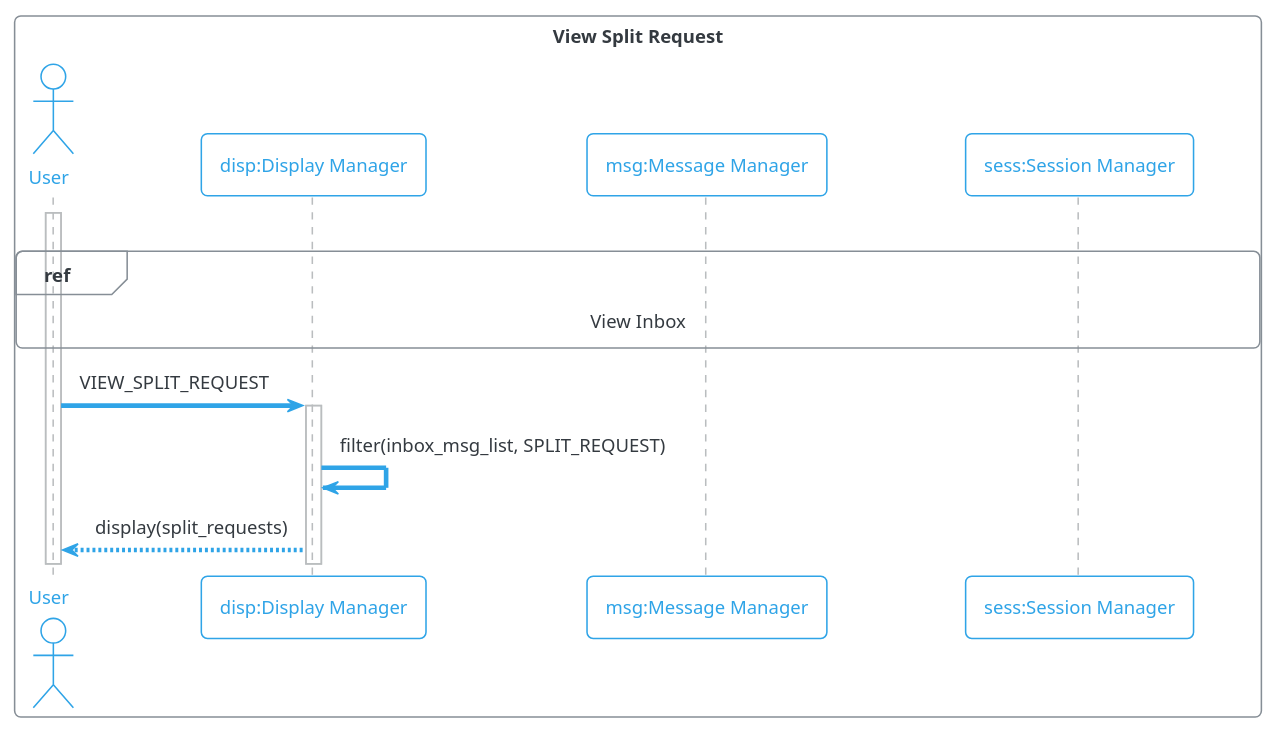
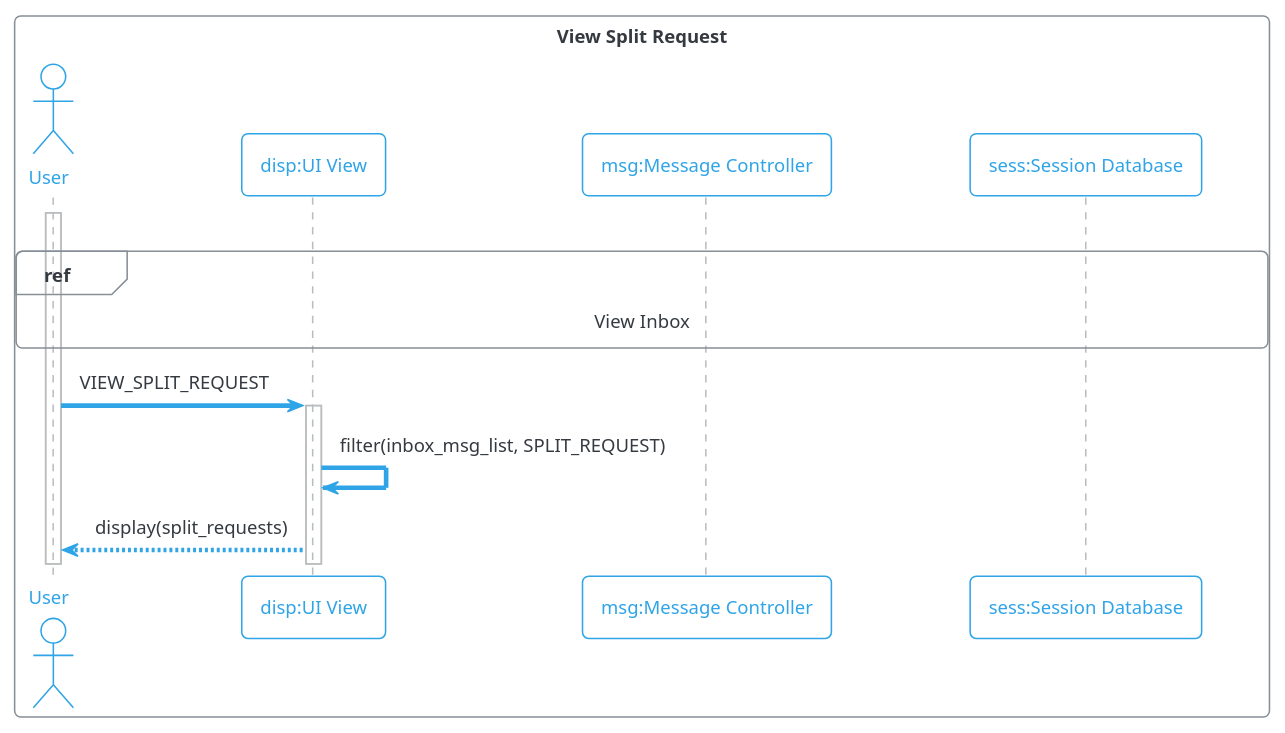
The diagram in Sequence Diagrams/Split/ViewSplitRequest.puml (md-y/3354-splitsquad), drawn with PlantUML before and after one commit. The commit also changed 39 other files, not shown here.

Commit message:
Fixed Sequence Diagram to add Database, Controller, and UI

```diff
--- a/Sequence Diagrams/Split/ViewSplitRequest.puml
+++ b/Sequence Diagrams/Split/ViewSplitRequest.puml
@@ -1,15 +1,15 @@
 @startuml
 !theme cerulean-outline
 box "View Split Request"
 actor "User" as user
-participant "disp:Display Manager" as disp
-participant "msg:Message Manager" as msg
-participant "sess:Session Manager" as sess
+participant "disp:UI View" as disp
+participant "msg:Message Controller" as msg
+participant "sess:Session Database" as sess
 end box
 activate user
 |||
 ref over user, sess : View Inbox 
 user -> disp ++ : VIEW_SPLIT_REQUEST
 disp -> disp : filter(inbox_msg_list, SPLIT_REQUEST)
 disp --> user : display(split_requests)
 @enduml
```
